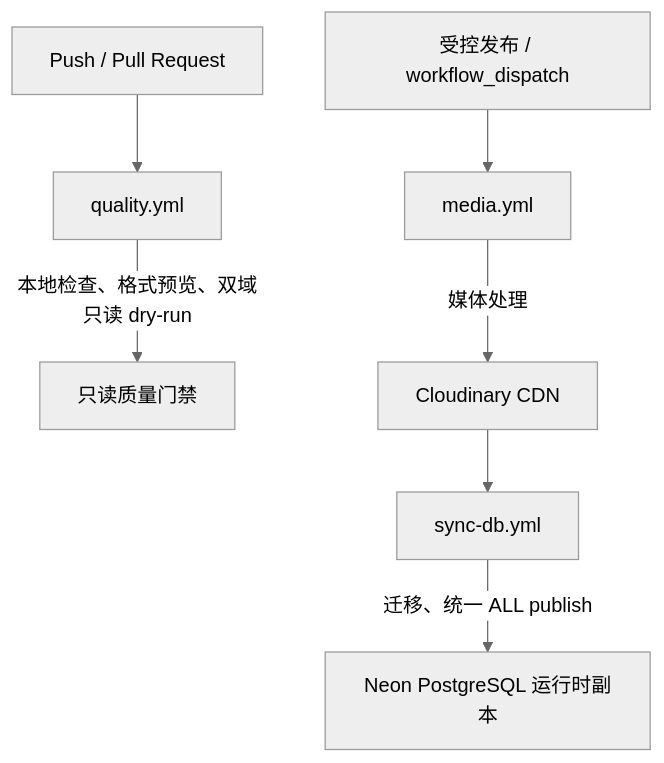
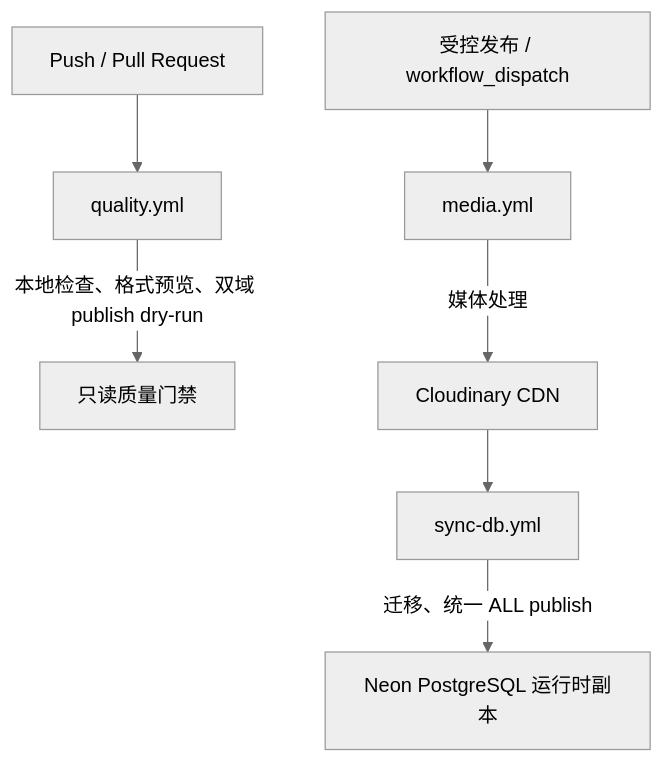
Before and after one commit to deadlyedge/zickme-blog: the diagram in .github/README.md, drawn with Mermaid (neutral theme). The commit also changed other lines of this file and 13 other files, not shown here.

````diff
--- a/.github/README.md
+++ b/.github/README.md
@@ -11,9 +11,9 @@
 ```mermaid
 graph TD
     A[Push / Pull Request] --> Q[quality.yml]
-    Q -->|本地检查、格式预览、双域只读 dry-run| R[只读质量门禁]
+    Q -->|本地检查、格式预览、双域 publish dry-run| R[只读质量门禁]
     P[受控发布 / workflow_dispatch] --> M[media.yml]
     M -->|媒体处理| C[Cloudinary CDN]
     C --> S[sync-db.yml]
     S -->|迁移、统一 ALL publish| E[Neon PostgreSQL 运行时副本]
 ```
````
